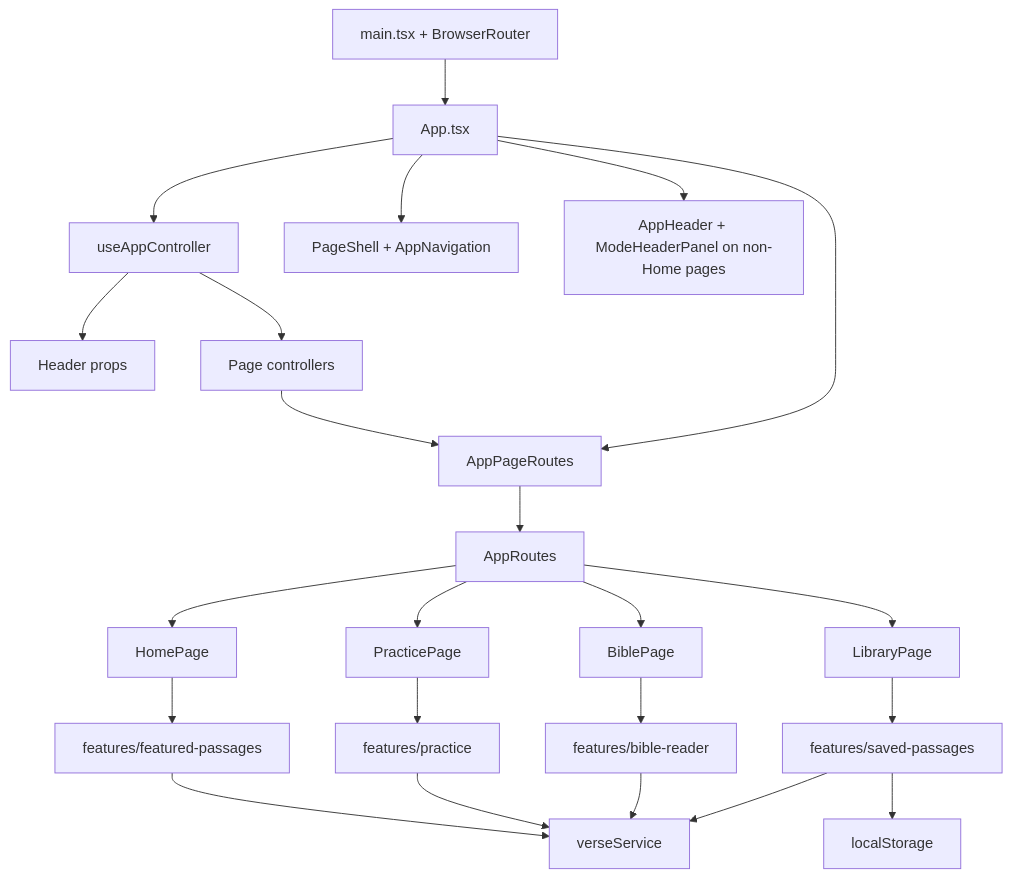
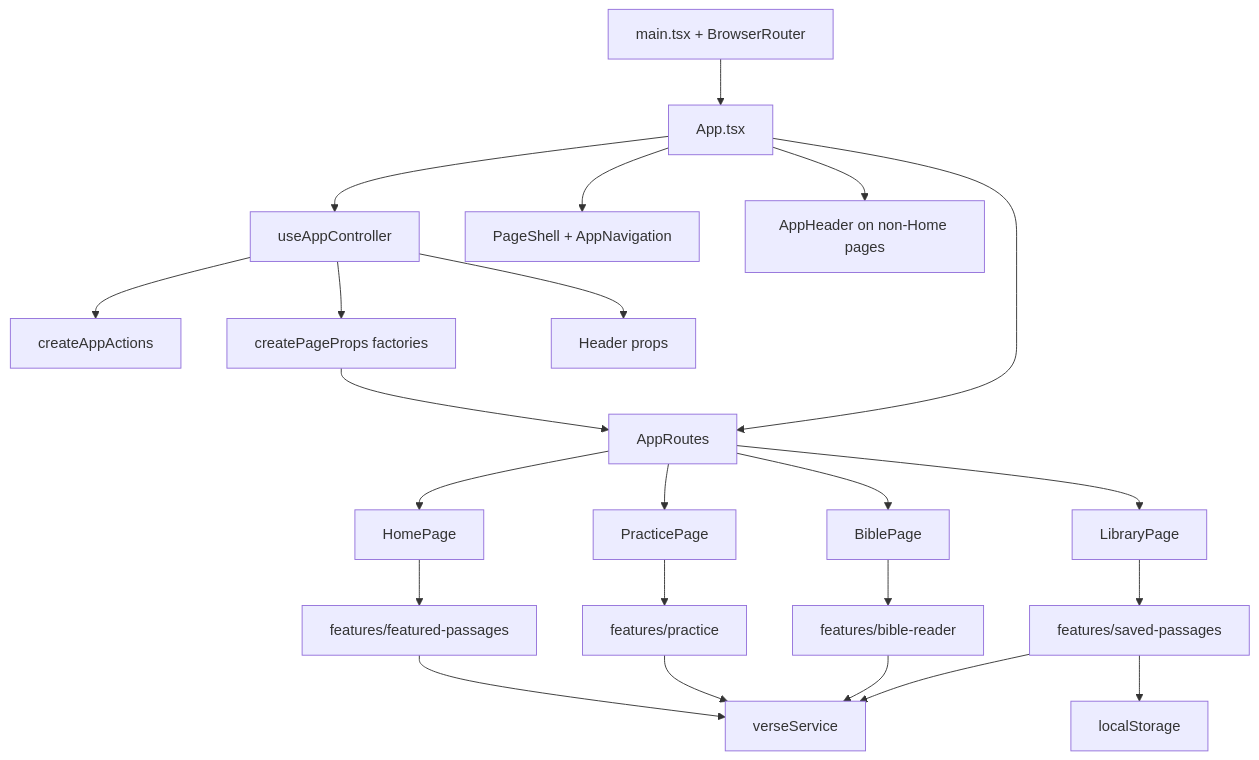
The diagram in docs/documentation.md (eirikenriquez/The-Word-per-Minute), drawn with Mermaid before and after one commit. The commit also changed other lines of this file and 1 other file, not shown here.

````diff
--- a/docs/documentation.md
+++ b/docs/documentation.md
@@ -453,25 +449,25 @@
 ```mermaid
 flowchart TD
   main["main.tsx + BrowserRouter"] --> app["App.tsx"]
   app --> controller["useAppController"]
   app --> shell["PageShell + AppNavigation"]
-  controller --> headerController["Header props"]
-  controller --> pageControllers["Page controllers"]
-  app --> header["AppHeader + ModeHeaderPanel on non-Home pages"]
-  app --> pageRoutes["AppPageRoutes"]
-  pageControllers --> pageRoutes
-  pageRoutes --> routes["AppRoutes"]
+  controller --> actions["createAppActions"]
+  controller --> pageProps["createPageProps factories"]
+  controller --> headerProps["Header props"]
+  app --> header["AppHeader on non-Home pages"]
+  app --> routes["AppRoutes"]
+  pageProps --> routes
   routes --> home["HomePage"]
   routes --> practice["PracticePage"]
   routes --> bible["BiblePage"]
   routes --> library["LibraryPage"]
   home --> featured["features/featured-passages"]
   practice --> practiceFeature["features/practice"]
   bible --> bibleFeature["features/bible-reader"]
   library --> savedFeature["features/saved-passages"]
   featured --> verseService["verseService"]
   practiceFeature --> verseService
   bibleFeature --> verseService
   savedFeature --> verseService
   savedFeature --> localStorage["localStorage"]
 ```
````
